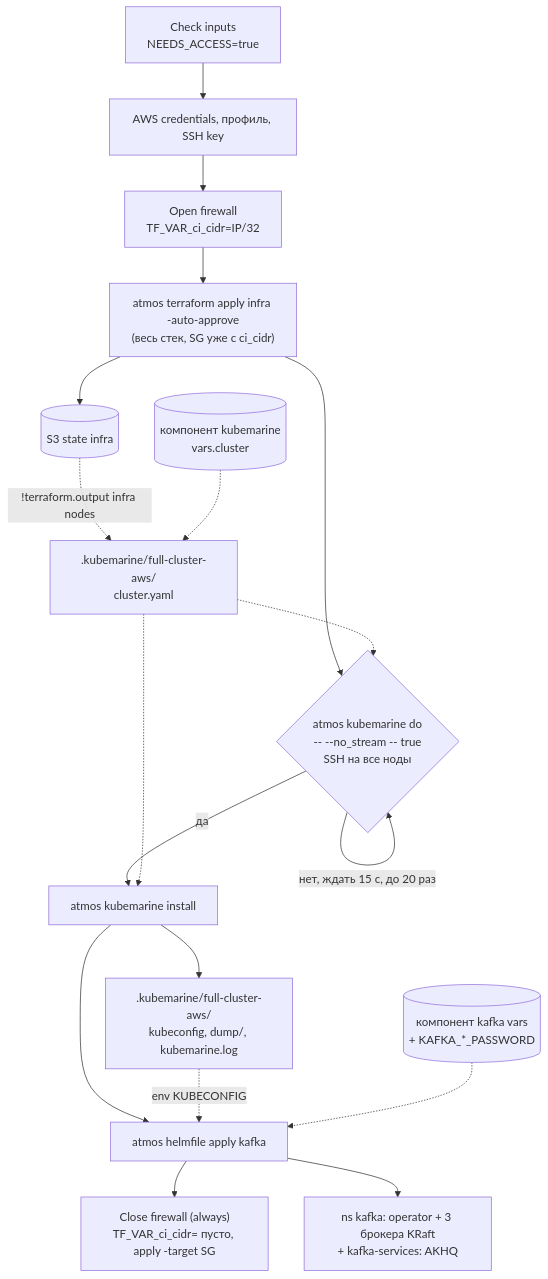
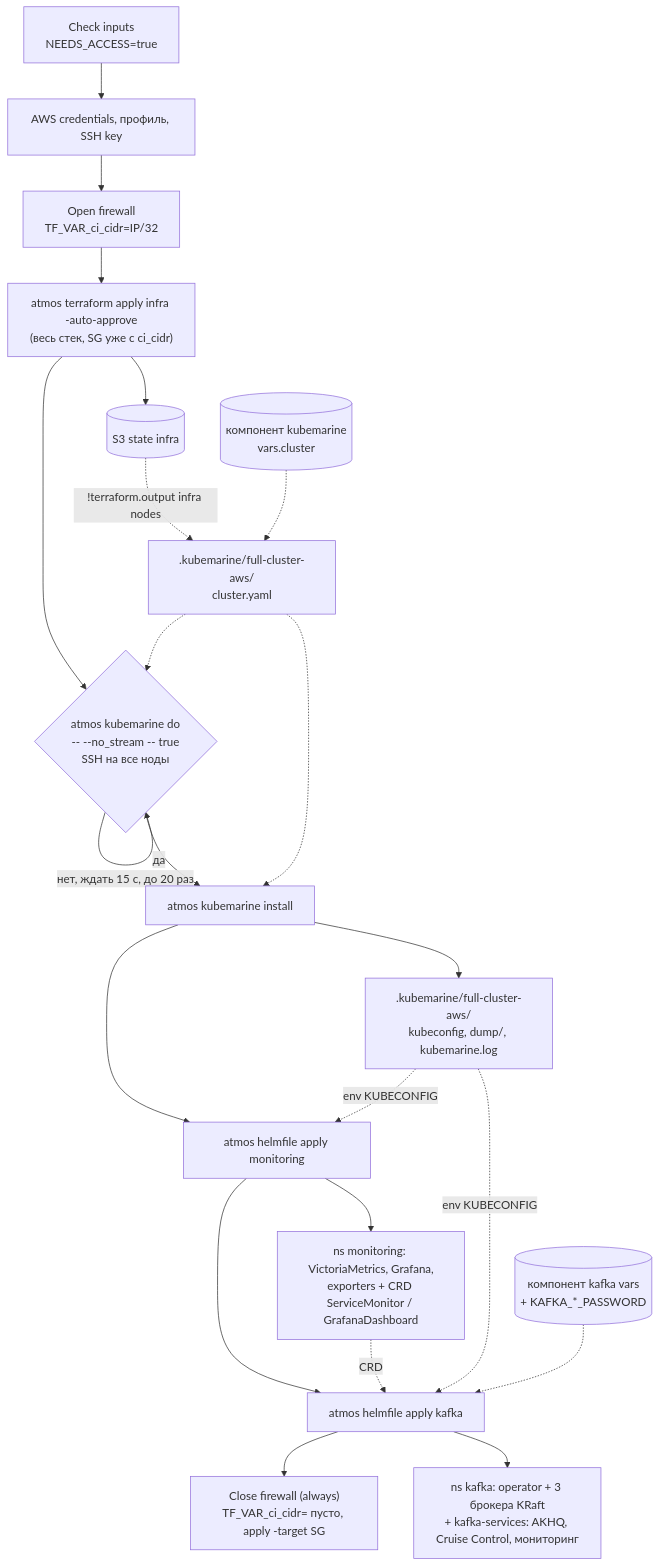
Before and after one commit to borislavr/atmos-kubemarine-integration: the third of 5 diagrams in docs/full-cluster-aws-flow.md, drawn with Mermaid. The commit also changed other lines of this file and 8 other files, not shown here.

Commit message:
feat: add monitoring support with qubership-monitoring-operator and update Kafka configurations

````diff
--- a/docs/full-cluster-aws-flow.md
+++ b/docs/full-cluster-aws-flow.md
@@ -110,20 +116,24 @@
 ```mermaid
 flowchart TB
   A["Check inputs<br/>NEEDS_ACCESS=true"] --> B["AWS credentials, профиль, SSH key"]
   B --> C["Open firewall<br/>TF_VAR_ci_cidr=IP/32"]
   C --> D["atmos terraform apply infra -auto-approve<br/>(весь стек, SG уже с ci_cidr)"]
   D --> E{"atmos kubemarine do<br/>-- --no_stream -- true<br/>SSH на все ноды"}
   E -->|"нет, ждать 15 с, до 20 раз"| E
   E -->|"да"| F["atmos kubemarine install"]
-  F --> G["atmos helmfile apply kafka"]
+  F --> M["atmos helmfile apply monitoring"]
+  M --> G["atmos helmfile apply kafka"]
   G --> H["Close firewall (always)<br/>TF_VAR_ci_cidr= пусто, apply -target SG"]
+  KC -.->|"env KUBECONFIG"| M
+  M --> MON["ns monitoring: VictoriaMetrics, Grafana,<br/>exporters + CRD ServiceMonitor / GrafanaDashboard"]
+  MON -.->|"CRD"| G
   D --> ST[("S3 state infra")]
   ST -.->|"!terraform.output infra nodes"| CY
   KMC[("компонент kubemarine<br/>vars.cluster")] -.-> CY
   CY[".kubemarine/full-cluster-aws/<br/>cluster.yaml"] -.-> E
   CY -.-> F
   F --> KC[".kubemarine/full-cluster-aws/<br/>kubeconfig, dump/, kubemarine.log"]
   KC -.->|"env KUBECONFIG"| G
   KFC[("компонент kafka vars<br/>+ KAFKA_*_PASSWORD")] -.-> G
-  G --> K8S["ns kafka: operator + 3 брокера KRaft<br/>+ kafka-services: AKHQ"]
+  G --> K8S["ns kafka: operator + 3 брокера KRaft<br/>+ kafka-services: AKHQ, Cruise Control, мониторинг"]
 ```
````
